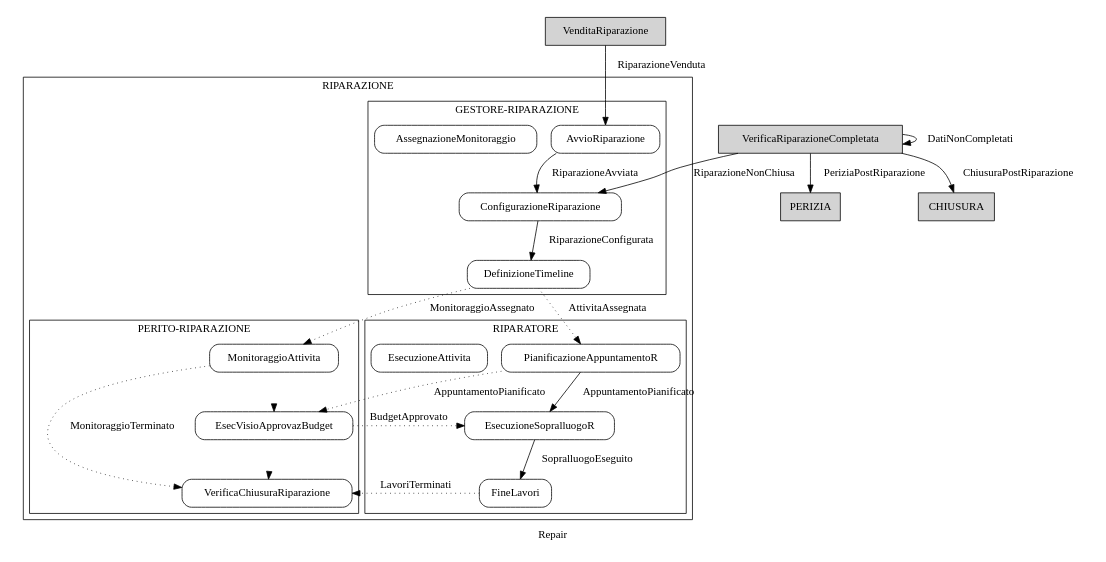
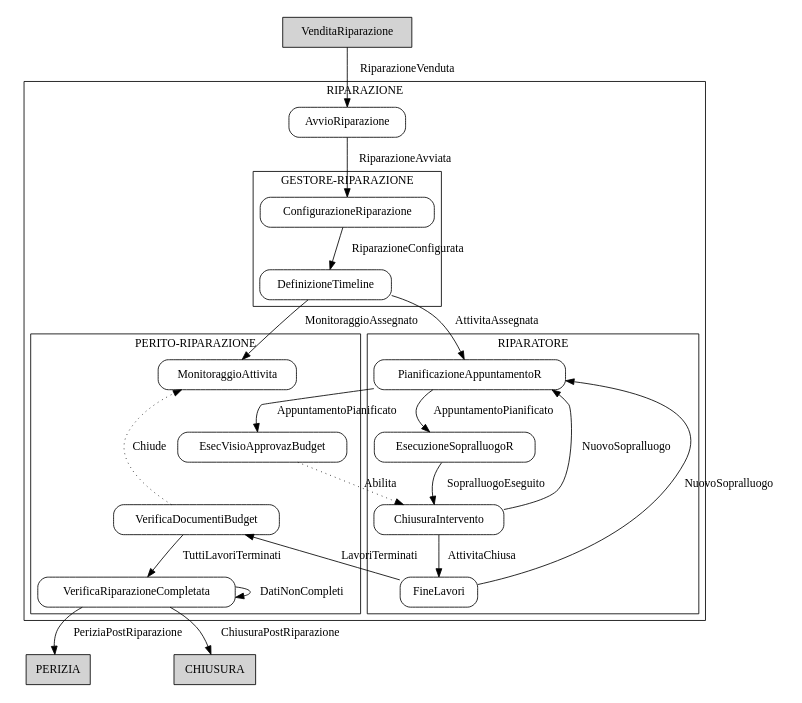
The diagram in repair/repair.dot (mauriziocaronni/stateDiagramPython), drawn with Graphviz before and after one commit. The commit also changed 7 other files, not shown here.

```diff
--- a/repair/repair.dot
+++ b/repair/repair.dot
@@ -1,87 +1,93 @@
 digraph finite_state_machine {
     rankdir=TB;
     size="8,5"
-    label="Repair"
     node [shape = box style=rounded]; 
 
     subgraph Opening {
         node [style =  filled shape = box]
 	    label = "Opening";
 		color=green
         VenditaRiparazione    
     }
 
 
-subgraph cluster_riparazione {
-    node [shape=box,style=rounded ];
-    label = "RIPARAZIONE";
+    subgraph cluster_riparazione {
+        node [shape=box,style=rounded ];
+        label = "RIPARAZIONE";
 
-    subgraph cluster_gestore {
-        node [shape=box,style=rounded ];
-        label = "GESTORE-RIPARAZIONE";
         AvvioRiparazione
-        ConfigurazioneRiparazione
-        DefinizioneTimeline 
-        AssegnazioneMonitoraggio
-    }
 
-    subgraph cluster_perito {
+        subgraph cluster_gestore {
+            node [shape=box,style=rounded ];
+            label = "GESTORE-RIPARAZIONE";
+        
+            ConfigurazioneRiparazione
+            DefinizioneTimeline 
+        }
+
+        subgraph cluster_perito {
             node [shape=box,style=rounded ];
             label = "PERITO-RIPARAZIONE";
             MonitoraggioAttivita
             EsecVisioApprovazBudget
-            VerificaChiusuraRiparazione
+            VerificaDocumentiBudget
+            VerificaRiparazioneCompletata
 
-    }
+        }
 
-    subgraph cluster_cat {
-        node [shape=box,style=rounded ] ;
-        label = "RIPARATORE";
-        PianificazioneAppuntamentoR
-        EsecuzioneSopralluogoR
-        EsecuzioneAttivita 
-        FineLavori
-    }
+        subgraph cluster_cat {
+            node [shape=box,style=rounded ] ;
+         label = "RIPARATORE";
+            PianificazioneAppuntamentoR
+            EsecuzioneSopralluogoR 
+            ChiusuraIntervento
+            FineLavori
+        }
     
 }
 
 
 
 	comment = "RIPARAZIONE"
 	 
     VenditaRiparazione         -> AvvioRiparazione            [ label = "RiparazioneVenduta" ]  ;
 
     AvvioRiparazione           -> ConfigurazioneRiparazione    [ label = "RiparazioneAvviata" ]  ;
     ConfigurazioneRiparazione  -> DefinizioneTimeline          [ label = "RiparazioneConfigurata" ]  ;
 
-    DefinizioneTimeline        -> PianificazioneAppuntamentoR  [ style = "dotted" label = "AttivitaAssegnata"] ;
-    DefinizioneTimeline        -> MonitoraggioAttivita         [ style = "dotted" label = "MonitoraggioAssegnato" ]  ;
+    DefinizioneTimeline        -> PianificazioneAppuntamentoR  [  label = "AttivitaAssegnata"] ;
+    DefinizioneTimeline        -> MonitoraggioAttivita         [  label = "MonitoraggioAssegnato" ]  ;
 
     
     PianificazioneAppuntamentoR -> EsecuzioneSopralluogoR       [ label = "AppuntamentoPianificato" ];
-    PianificazioneAppuntamentoR -> EsecVisioApprovazBudget      [  style = "dotted"  label = "AppuntamentoPianificato" ];
+    PianificazioneAppuntamentoR -> EsecVisioApprovazBudget      [ label = "AppuntamentoPianificato" ];
 
-    EsecVisioApprovazBudget     -> EsecuzioneSopralluogoR       [ style = "dotted"  label = "BudgetApprovato" ];
-    
-    EsecuzioneSopralluogoR      -> FineLavori           [ label = "SopralluogoEseguito" ];
-    FineLavori                  -> VerificaChiusuraRiparazione   [ style = "dotted" label = "LavoriTerminati" ];
-
-    MonitoraggioAttivita        -> VerificaChiusuraRiparazione   [ style = "dotted"  label = "MonitoraggioTerminato" ]  ;
-
-  
-    MonitoraggioAttivita    -> EsecVisioApprovazBudget     [ style = "invisible"   ];
-    EsecVisioApprovazBudget -> VerificaChiusuraRiparazione  [ style = "invisible"   ];
-
-	comment = "sottoprocesso Chiusura Riparazione"
-	node [shape=box,style=rounded  style = filled];
-	color = grey
-	
-    VerificaRiparazioneCompletata  -> ConfigurazioneRiparazione              [ label = "RiparazioneNonChiusa" ] ;
-    VerificaRiparazioneCompletata  -> PERIZIA                                [ label = "PeriziaPostRiparazione" ];
-    VerificaRiparazioneCompletata  -> CHIUSURA                               [ label = "ChiusuraPostRiparazione" ];
-    VerificaRiparazioneCompletata  -> VerificaRiparazioneCompletata          [ label = "DatiNonCompletati" ] ;
     
 
+    EsecuzioneSopralluogoR      -> ChiusuraIntervento       [ label = "SopralluogoEseguito" ];
+    ChiusuraIntervento          -> PianificazioneAppuntamentoR       [ label = "NuovoSopralluogo" ];
+    
+    EsecVisioApprovazBudget     -> ChiusuraIntervento  [ style = "dotted"  label = "Abilita" ];
+
+    ChiusuraIntervento          -> FineLavori           [ label = "AttivitaChiusa" ];  
+    FineLavori                  -> PianificazioneAppuntamentoR       [ label = "NuovoSopralluogo" ];
+    FineLavori                  -> VerificaDocumentiBudget   [  label = "LavoriTerminati" ];
+
+    VerificaDocumentiBudget     -> MonitoraggioAttivita       [ label = "Chiude" style = "dotted"]  ;
+    VerificaDocumentiBudget        -> VerificaRiparazioneCompletata   [   label = "TuttiLavoriTerminati" ]  ;
+
+  comment = "solo per visualizzazione" 
+    MonitoraggioAttivita    -> EsecVisioApprovazBudget     [ style = "invisible" arrowhead = "none" ]  ;
+    EsecVisioApprovazBudget -> VerificaDocumentiBudget  [ style = "invisible"    arrowhead = "none" ]  ;
+
+
+    VerificaRiparazioneCompletata  -> VerificaRiparazioneCompletata          [ label = "DatiNonCompleti" ] ;
+    
+	comment = "sottoprocesso Chiusura Riparazione"
+	node [shape=box,style=rounded  style = filled rank=min];
+	color = grey
+    VerificaRiparazioneCompletata  -> PERIZIA                                [ label = "PeriziaPostRiparazione" ];
+    VerificaRiparazioneCompletata  -> CHIUSURA  [ label = "ChiusuraPostRiparazione" ];	
 	
 	
 }
```
